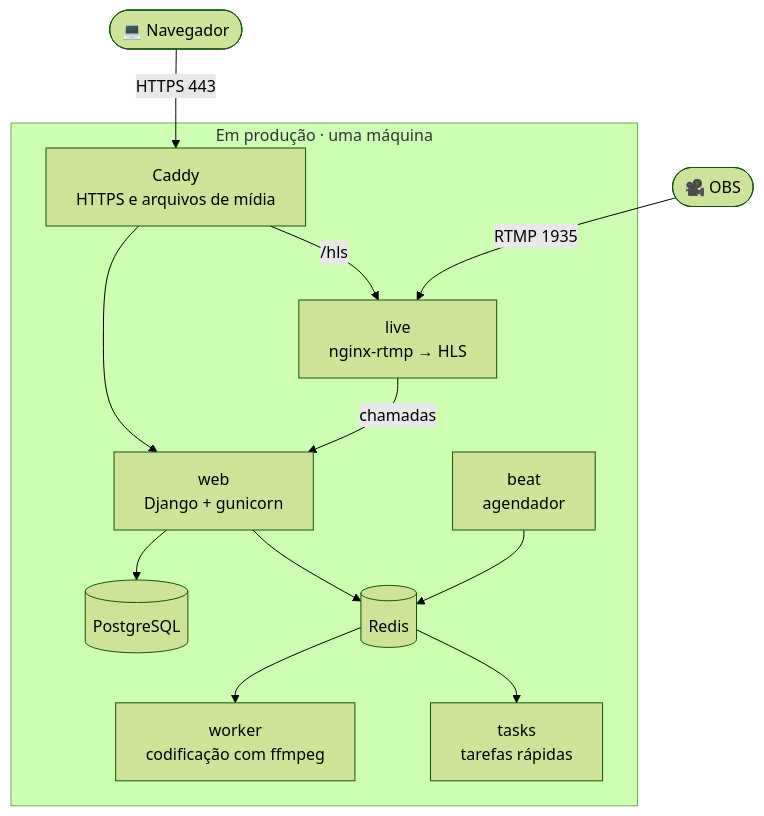
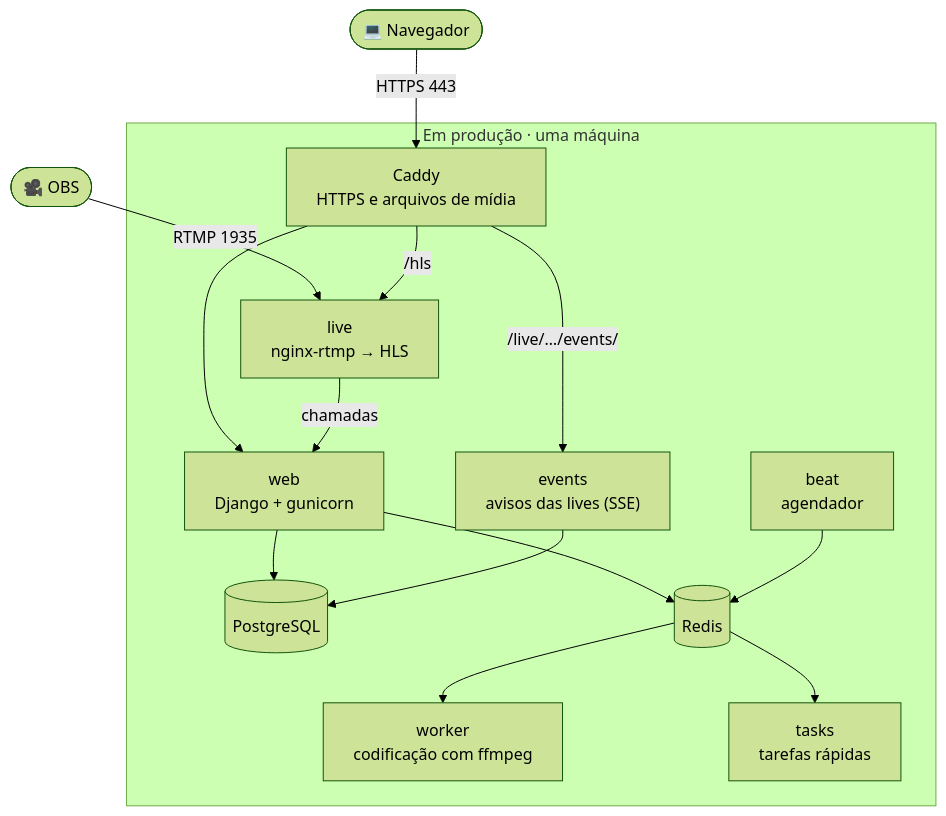
Before and after one commit to llypeDev/akonmedia-yt: the first of 2 diagrams in README.md, drawn with Mermaid (forest theme). The commit also changed other lines of this file and 53 other files, not shown here.

````diff
--- a/README.md
+++ b/README.md
@@ -313,25 +313,28 @@
 ```mermaid
 flowchart TB
     viewer(["💻 Navegador"])
     obs(["🎥 OBS"])
     subgraph stack ["Em produção · uma máquina"]
         caddy["Caddy<br>HTTPS e arquivos de mídia"]
         live["live<br>nginx-rtmp → HLS"]
         web["web<br>Django + gunicorn"]
+        events["events<br>avisos das lives (SSE)"]
         db[("PostgreSQL")]
         redis[("Redis")]
         worker["worker<br>codificação com ffmpeg"]
         tasks["tasks<br>tarefas rápidas"]
         beat["beat<br>agendador"]
     end
     viewer -- "HTTPS 443" --> caddy
     obs -- "RTMP 1935" --> live
     caddy --> web
+    caddy -- "/live/…/events/" --> events
     caddy -- "/hls" --> live
     live -- "chamadas" --> web
     web --> db
     web --> redis
+    events --> db
     beat --> redis
     redis --> worker
     redis --> tasks
 ```
````
